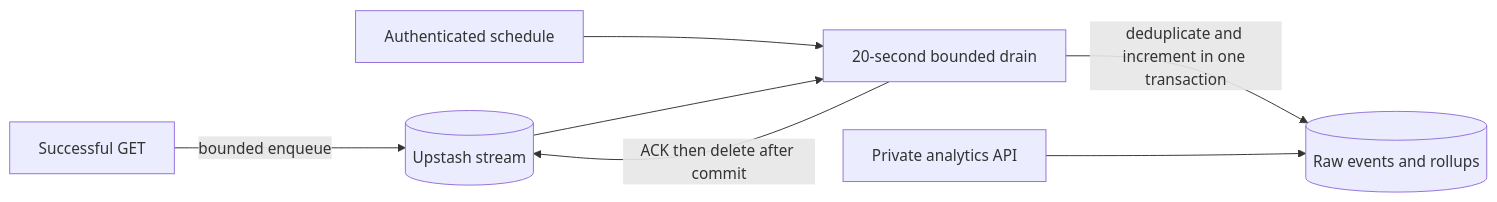
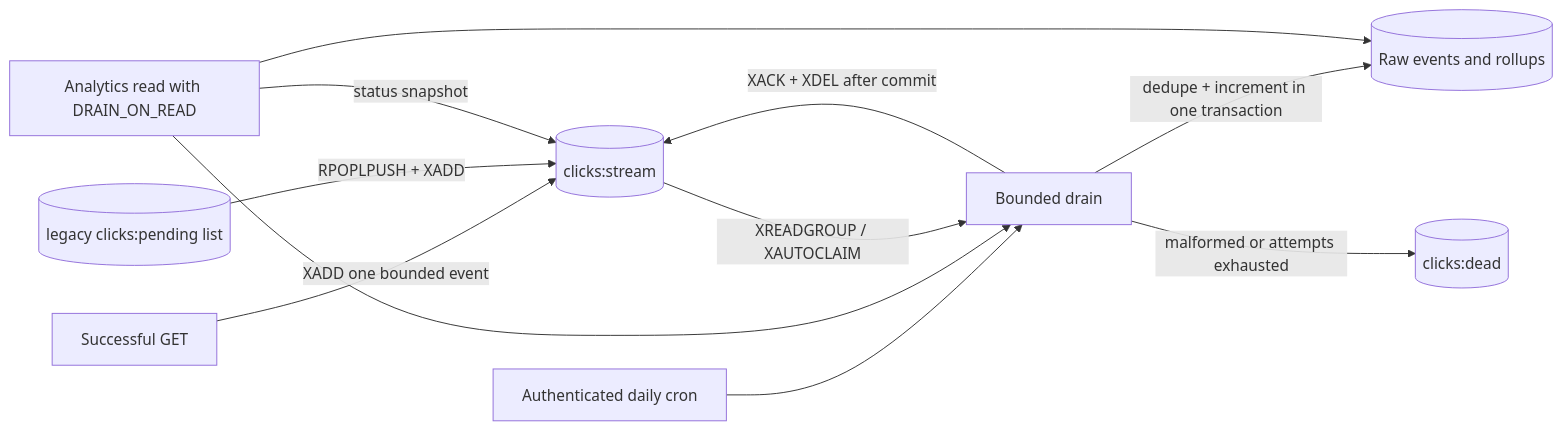
The diagram in docs/backend/analytics.md (sarankumar1325/url-shortner), drawn with Mermaid before and after one commit. The commit also changed other lines of this file and 19 other files, not shown here.

````diff
--- a/docs/backend/analytics.md
+++ b/docs/backend/analytics.md
@@ -14,9 +15,13 @@
 ```mermaid
 flowchart LR
-    GET[Successful GET] -->|bounded enqueue| Stream[(Upstash stream)]
-    Cron[Authenticated schedule] --> Worker[20-second bounded drain]
-    Stream --> Worker
-    Worker -->|deduplicate and increment in one transaction| DB[(Raw events and rollups)]
-    Worker -->|ACK then delete after commit| Stream
-    API[Private analytics API] --> DB
+    GET[Successful GET] -->|XADD one bounded event| Stream[(clicks:stream)]
+    Cron[Authenticated daily cron] --> Drain[Bounded drain]
+    AnalyticsRead[Analytics read with DRAIN_ON_READ] --> Drain
+    Legacy[(legacy clicks:pending list)] -->|RPOPLPUSH + XADD| Stream
+    Stream -->|XREADGROUP / XAUTOCLAIM| Drain
+    Drain -->|dedupe + increment in one transaction| DB[(Raw events and rollups)]
+    Drain -->|XACK + XDEL after commit| Stream
+    Drain -->|malformed or attempts exhausted| Dead[(clicks:dead)]
+    AnalyticsRead --> DB
+    AnalyticsRead -->|status snapshot| Stream
 ```
````
